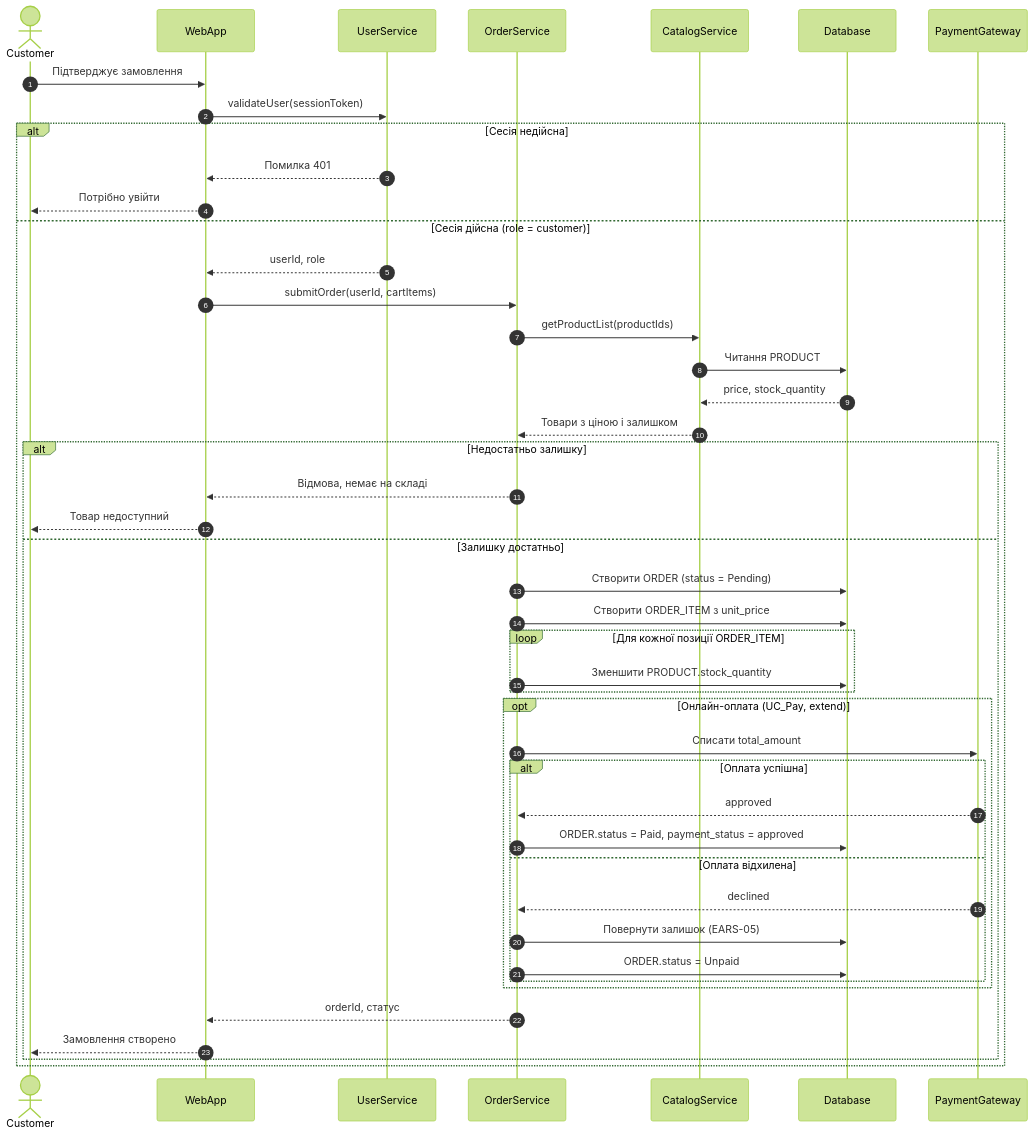
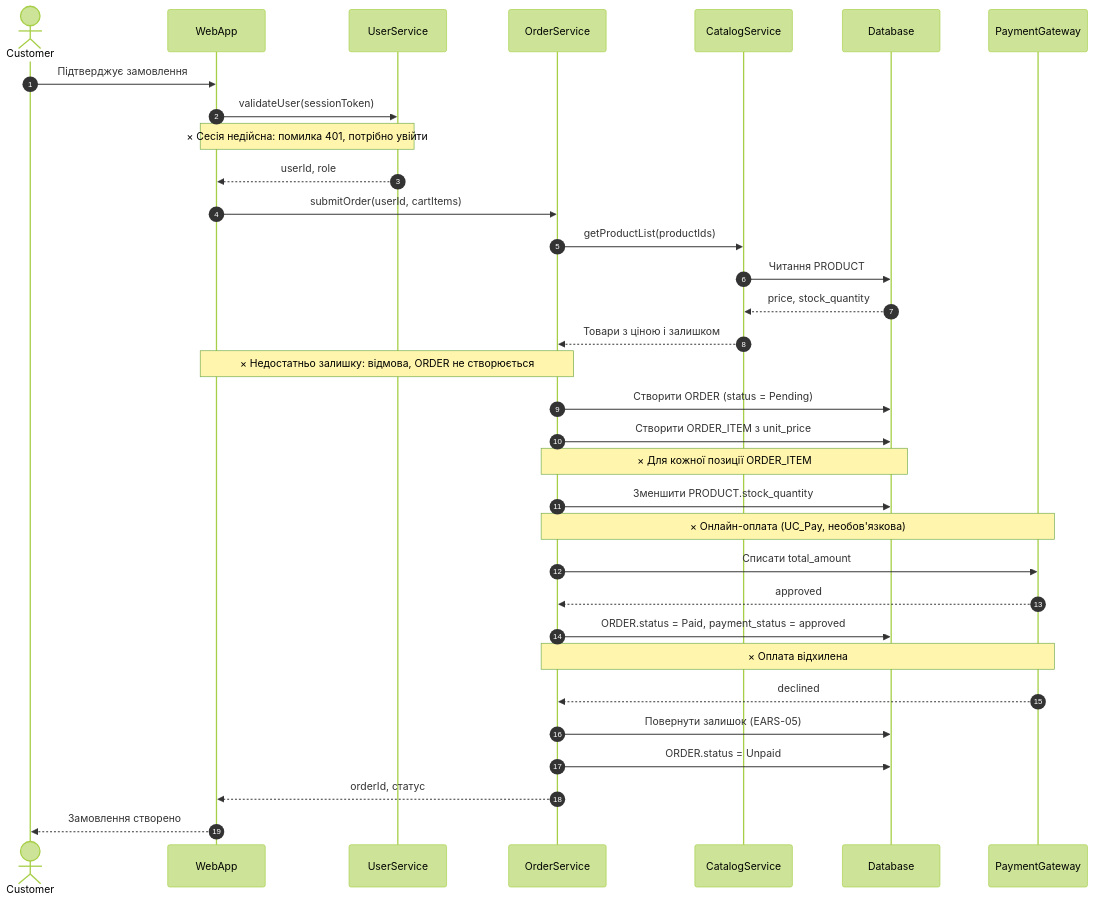
The diagram in task-3/sequence.md (Stefect/Modeling-and-Analysis-of-Software-Requirements), drawn with Mermaid (forest theme) before and after one commit. The commit also changed other lines of this file and 2 other files, not shown here.

Commit message:
Оновив sequence-діаграму: тимчасово замінено блоки `alt`, `opt`, `loop` на нотатки «×»; збережено умови як коментарі.

````diff
--- a/task-3/sequence.md
+++ b/task-3/sequence.md
@@ -5,48 +7,36 @@
 ```mermaid
 sequenceDiagram
     autonumber
     actor Customer
     participant WebApp
     participant UserService
     participant OrderService
     participant CatalogService
     participant Database
     participant PaymentGateway
 
     Customer->>WebApp: Підтверджує замовлення
     WebApp->>UserService: validateUser(sessionToken)
-    alt Сесія недійсна
-        UserService-->>WebApp: Помилка 401
-        WebApp-->>Customer: Потрібно увійти
-    else Сесія дійсна (role = customer)
-        UserService-->>WebApp: userId, role
-        WebApp->>OrderService: submitOrder(userId, cartItems)
-        OrderService->>CatalogService: getProductList(productIds)
-        CatalogService->>Database: Читання PRODUCT
-        Database-->>CatalogService: price, stock_quantity
-        CatalogService-->>OrderService: Товари з ціною і залишком
-        alt Недостатньо залишку
-            OrderService-->>WebApp: Відмова, немає на складі
-            WebApp-->>Customer: Товар недоступний
-        else Залишку достатньо
-            OrderService->>Database: Створити ORDER (status = Pending)
-            OrderService->>Database: Створити ORDER_ITEM з unit_price
-            loop Для кожної позиції ORDER_ITEM
-                OrderService->>Database: Зменшити PRODUCT.stock_quantity
-            end
-            opt Онлайн-оплата (UC_Pay, extend)
-                OrderService->>PaymentGateway: Списати total_amount
-                alt Оплата успішна
-                    PaymentGateway-->>OrderService: approved
-                    OrderService->>Database: ORDER.status = Paid, payment_status = approved
-                else Оплата відхилена
-                    PaymentGateway-->>OrderService: declined
-                    OrderService->>Database: Повернути залишок (EARS-05)
-                    OrderService->>Database: ORDER.status = Unpaid
-                end
-            end
-            OrderService-->>WebApp: orderId, статус
-            WebApp-->>Customer: Замовлення створено
-        end
-    end
+    Note over UserService,WebApp: × Сесія недійсна: помилка 401, потрібно увійти
+    UserService-->>WebApp: userId, role
+    WebApp->>OrderService: submitOrder(userId, cartItems)
+    OrderService->>CatalogService: getProductList(productIds)
+    CatalogService->>Database: Читання PRODUCT
+    Database-->>CatalogService: price, stock_quantity
+    CatalogService-->>OrderService: Товари з ціною і залишком
+    Note over OrderService,WebApp: × Недостатньо залишку: відмова, ORDER не створюється
+    OrderService->>Database: Створити ORDER (status = Pending)
+    OrderService->>Database: Створити ORDER_ITEM з unit_price
+    Note over OrderService,Database: × Для кожної позиції ORDER_ITEM
+    OrderService->>Database: Зменшити PRODUCT.stock_quantity
+    Note over OrderService,PaymentGateway: × Онлайн-оплата (UC_Pay, необов'язкова)
+    OrderService->>PaymentGateway: Списати total_amount
+    PaymentGateway-->>OrderService: approved
+    OrderService->>Database: ORDER.status = Paid, payment_status = approved
+    Note over OrderService,PaymentGateway: × Оплата відхилена
+    PaymentGateway-->>OrderService: declined
+    OrderService->>Database: Повернути залишок (EARS-05)
+    OrderService->>Database: ORDER.status = Unpaid
+    OrderService-->>WebApp: orderId, статус
+    WebApp-->>Customer: Замовлення створено
 ```
````
